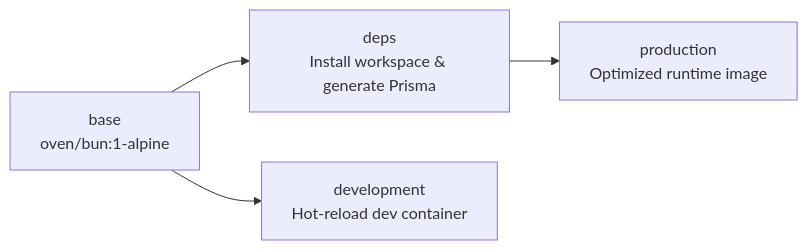
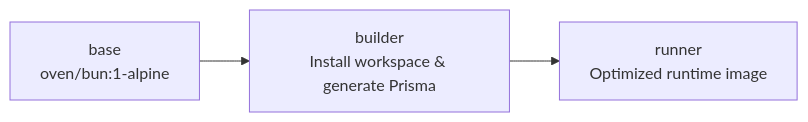
The second of 2 diagrams in deploy/docker/README.md (lumi-devs/Lumi), drawn with Mermaid before and after one commit. The commit also changed other lines of this file and 7 other files, not shown here.

````diff
--- a/deploy/docker/README.md
+++ b/deploy/docker/README.md
@@ -88,6 +88,5 @@
 ```mermaid
 graph LR
-    base[base<br/>oven/bun:1-alpine] --> deps[deps<br/>Install workspace & generate Prisma]
-    deps --> production[production<br/>Optimized runtime image]
-    base --> development[development<br/>Hot-reload dev container]
+    base[base<br/>oven/bun:1-alpine] --> builder[builder<br/>Install workspace & generate Prisma]
+    builder --> runner[runner<br/>Optimized runtime image]
 ```
````
